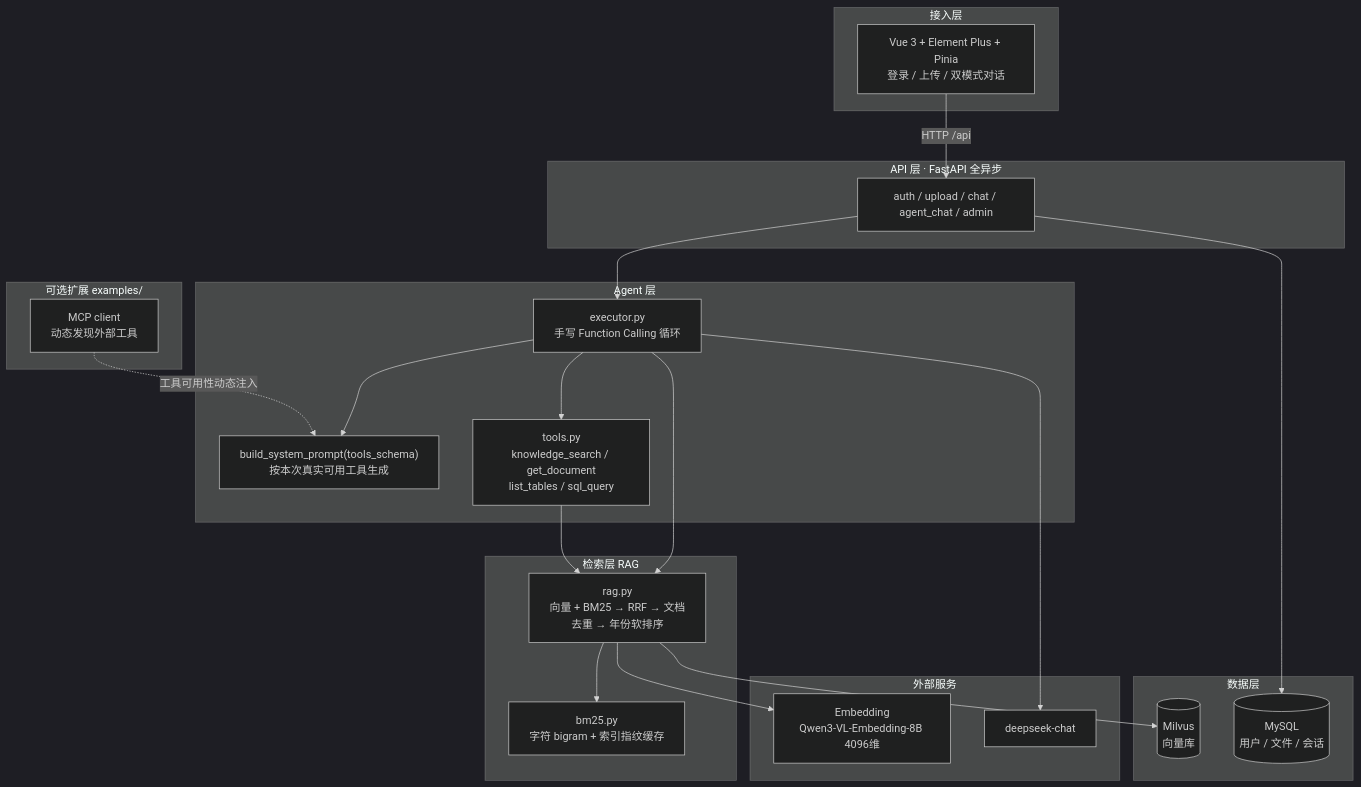
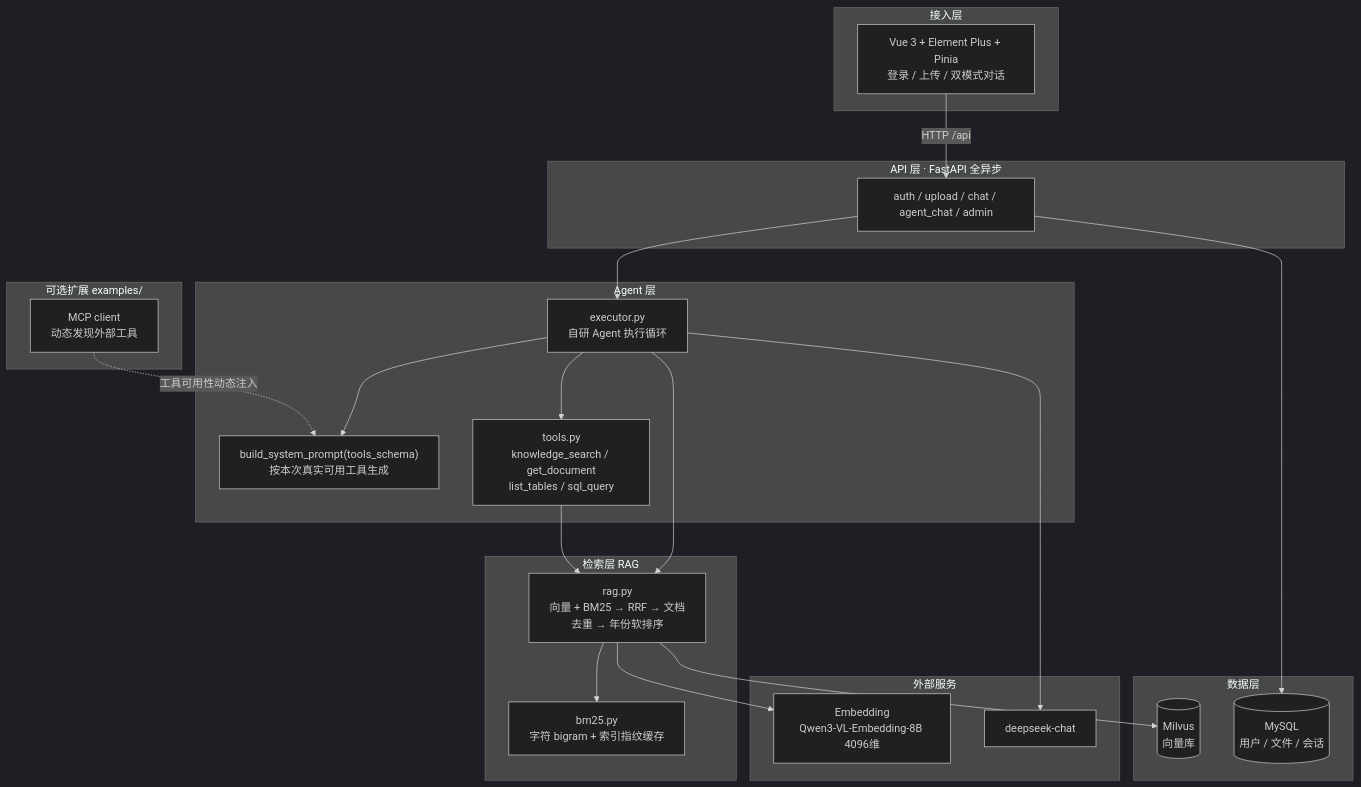
Before and after one commit to fngbibsisd-lgtm/Enterprise-Knowledge-Base-Agent-Platform: the diagram in README.md, drawn with Mermaid (dark theme). The commit also changed other lines of this file, not shown here.

````diff
--- a/README.md
+++ b/README.md
@@ -81,48 +71,48 @@
 ```mermaid
 flowchart TB
     subgraph L1["接入层"]
         FE["Vue 3 + Element Plus + Pinia<br/>登录 / 上传 / 双模式对话"]
     end
 
     subgraph L2["API 层 · FastAPI 全异步"]
         API["auth / upload / chat / agent_chat / admin"]
     end
 
     subgraph L3["Agent 层"]
-        EXEC["executor.py<br/>手写 Function Calling 循环"]
+        EXEC["executor.py<br/>自研 Agent 执行循环"]
         PROMPT["build_system_prompt(tools_schema)<br/>按本次真实可用工具生成"]
         TOOLS["tools.py<br/>knowledge_search / get_document<br/>list_tables / sql_query"]
     end
 
     subgraph L4["检索层 RAG"]
         RAG["rag.py<br/>向量 + BM25 → RRF → 文档去重 → 年份软排序"]
         BM25["bm25.py<br/>字符 bigram + 索引指纹缓存"]
     end
 
     subgraph L5["数据层"]
         MILVUS[("Milvus<br/>向量库")]
         MYSQL[("MySQL<br/>用户 / 文件 / 会话")]
     end
 
     subgraph EXT["外部服务"]
         EMB["Embedding<br/>Qwen3-VL-Embedding-8B 4096维"]
         LLM["deepseek-chat"]
     end
 
     subgraph OPT["可选扩展 examples/"]
         MCP["MCP client<br/>动态发现外部工具"]
     end
 
     FE -->|HTTP /api| API
     API --> EXEC
     EXEC --> PROMPT
     EXEC --> TOOLS
     EXEC --> RAG
     TOOLS --> RAG
     RAG --> BM25
     RAG --> MILVUS
     RAG --> EMB
     EXEC --> LLM
     API --> MYSQL
     MCP -.->|工具可用性动态注入| PROMPT
 ```
````
